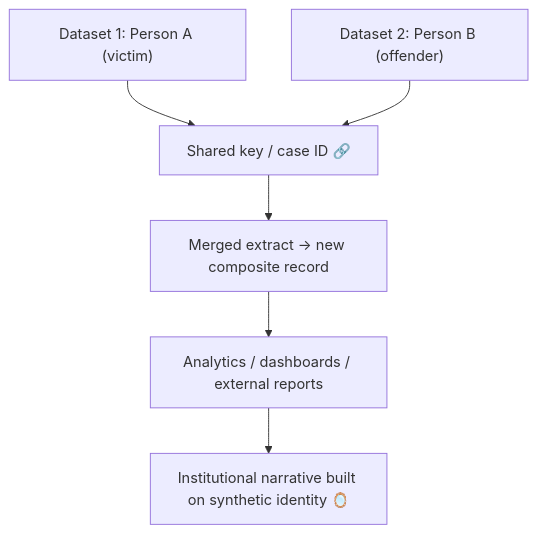
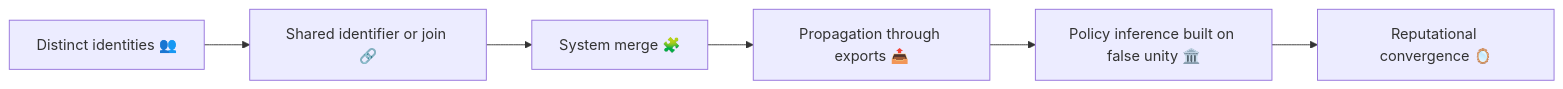
The diagram in Polaris_Nest/Git_Intake_Drawer/🧬_data_twinning_when_two_identities_become_one_record.md (josefsbreakfast/Polaris-Protocol), drawn with Mermaid before and after one commit. The commit also changed other lines of this file and 19 other files, not shown here.

````diff
--- a/Polaris_Nest/Git_Intake_Drawer/🧬_data_twinning_when_two_identities_become_one_record.md
+++ b/Polaris_Nest/Git_Intake_Drawer/🧬_data_twinning_when_two_identities_become_one_record.md
@@ -46,8 +31,8 @@
 ```mermaid
-flowchart TD
-A["Dataset 1: Person A (victim)"] --> C["Shared key / case ID 🔗"]
-B["Dataset 2: Person B (offender)"] --> C
-C --> D["Merged extract → new composite record"]
-D --> E["Analytics / dashboards / external reports"]
-E --> F["Institutional narrative built on synthetic identity 🪞"]
+flowchart LR
+A["Distinct identities 👥"] --> B["Shared identifier or join 🔗"]
+B --> C["System merge 🧩"]
+C --> D["Propagation through exports 📤"]
+D --> E["Policy inference built on false unity 🏛️"]
+E --> F["Reputational convergence 🪞"]
 ```
````
